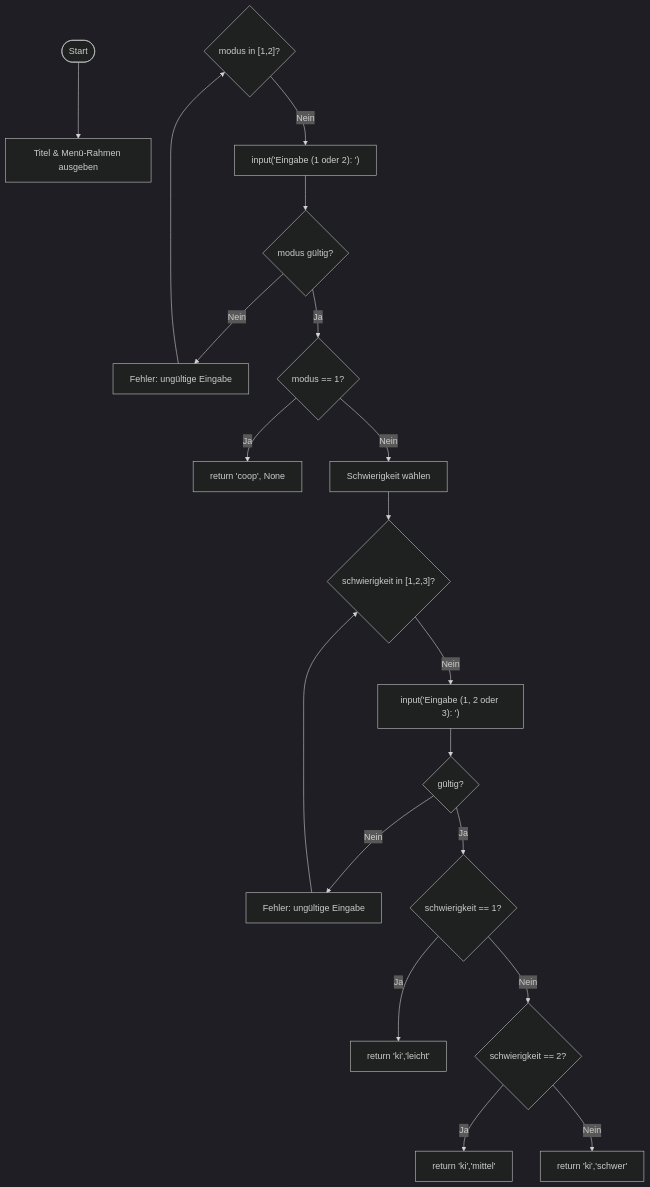
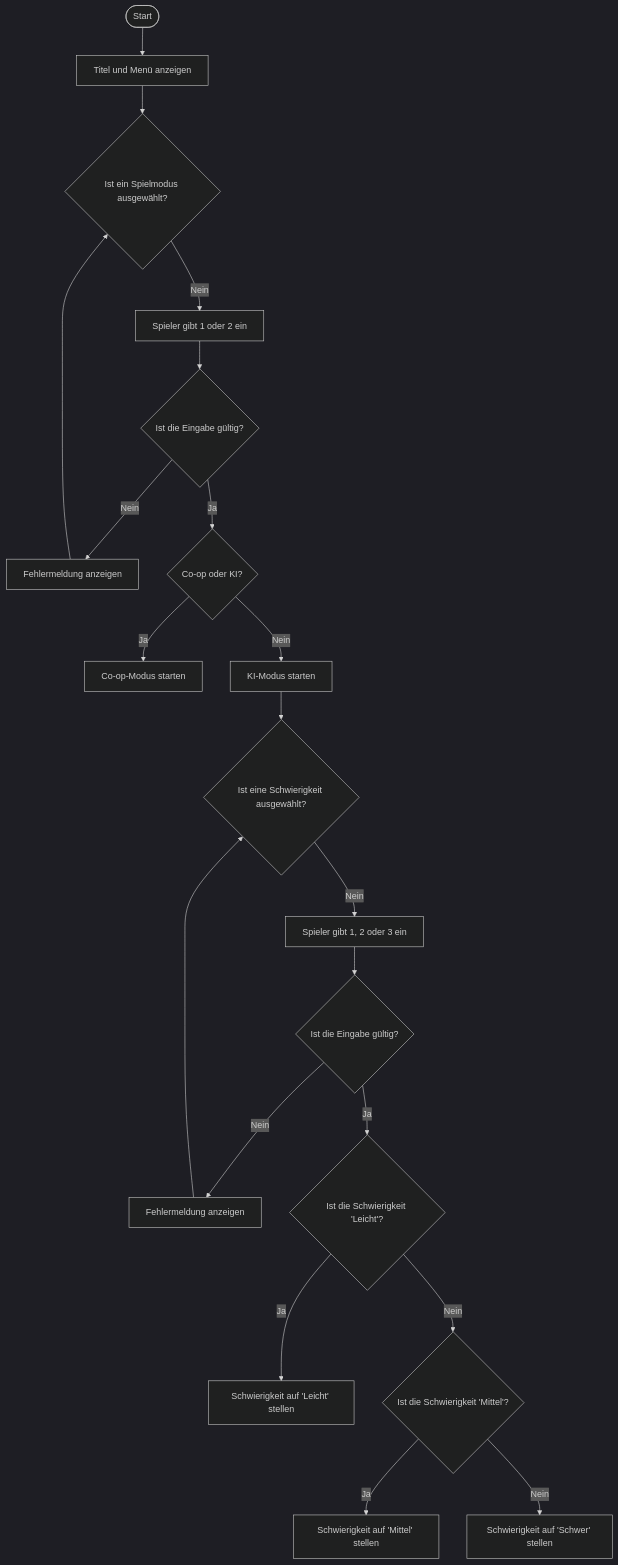
The first of 13 diagrams in flowchart.md (Finn965/Informatik-1-Softwareprojekt), drawn with Mermaid (dark theme) before and after one commit. The commit also changed other lines of this file, not shown here.

````diff
--- a/flowchart.md
+++ b/flowchart.md
@@ -5,26 +5,26 @@
 ```mermaid
 flowchart TD
     Start([Start])
-    Start --> PrintTitle["Titel & Menü-Rahmen ausgeben"]
+    Start --> PrintTitle["Titel und Menü anzeigen"]
 
-    ModeLoop{"modus in [1,2]?"}
-    ModeLoop -- Nein --> InputMode["input('Eingabe (1 oder 2): ')"]
-    InputMode --> ValidateMode{modus gültig?}
-    ValidateMode -- Nein --> PrintInvalid["Fehler: ungültige Eingabe"]
+    PrintTitle --> ModeLoop{"Ist ein Spielmodus ausgewählt?"}
+    ModeLoop -- Nein --> InputMode["Spieler gibt 1 oder 2 ein"]
+    InputMode --> ValidateMode{"Ist die Eingabe gültig?"}
+    ValidateMode -- Nein --> PrintInvalid["Fehlermeldung anzeigen"]
     PrintInvalid --> ModeLoop
-    ValidateMode -- Ja --> ModeChoice{"modus == 1?"}
+    ValidateMode -- Ja --> ModeChoice{"Co-op oder KI?"}
 
-    ModeChoice -- Ja --> CoOp["return 'coop', None"]
-    ModeChoice -- Nein --> KIStart["Schwierigkeit wählen"]
+    ModeChoice -- Ja --> CoOp["Co-op-Modus starten"]
+    ModeChoice -- Nein --> KIStart["KI-Modus starten"]
 
-    KIStart --> DiffLoop{"schwierigkeit in [1,2,3]?"}
-    DiffLoop -- Nein --> InputDiff["input('Eingabe (1, 2 oder 3): ')"]
-    InputDiff --> ValidateDiff{gültig?}
-    ValidateDiff -- Nein --> PrintInvalidDiff["Fehler: ungültige Eingabe"]
+    KIStart --> DiffLoop{"Ist eine Schwierigkeit ausgewählt?"}
+    DiffLoop -- Nein --> InputDiff["Spieler gibt 1, 2 oder 3 ein"]
+    InputDiff --> ValidateDiff{"Ist die Eingabe gültig?"}
+    ValidateDiff -- Nein --> PrintInvalidDiff["Fehlermeldung anzeigen"]
     PrintInvalidDiff --> DiffLoop
-    ValidateDiff -- Ja --> ChooseDiff{"schwierigkeit == 1?"}
-    ChooseDiff -- Ja --> Easy["return 'ki','leicht'"]
-    ChooseDiff -- Nein --> ChooseDiff2{"schwierigkeit == 2?"}
-    ChooseDiff2 -- Ja --> Medium["return 'ki','mittel'"]
-    ChooseDiff2 -- Nein --> Hard["return 'ki','schwer'"]
+    ValidateDiff -- Ja --> ChooseDiff{"Ist die Schwierigkeit 'Leicht'?"}
+    ChooseDiff -- Ja --> Easy["Schwierigkeit auf 'Leicht' stellen"]
+    ChooseDiff -- Nein --> ChooseDiff2{"Ist die Schwierigkeit 'Mittel'?"}
+    ChooseDiff2 -- Ja --> Medium["Schwierigkeit auf 'Mittel' stellen"]
+    ChooseDiff2 -- Nein --> Hard["Schwierigkeit auf 'Schwer' stellen"]
 ```
````
